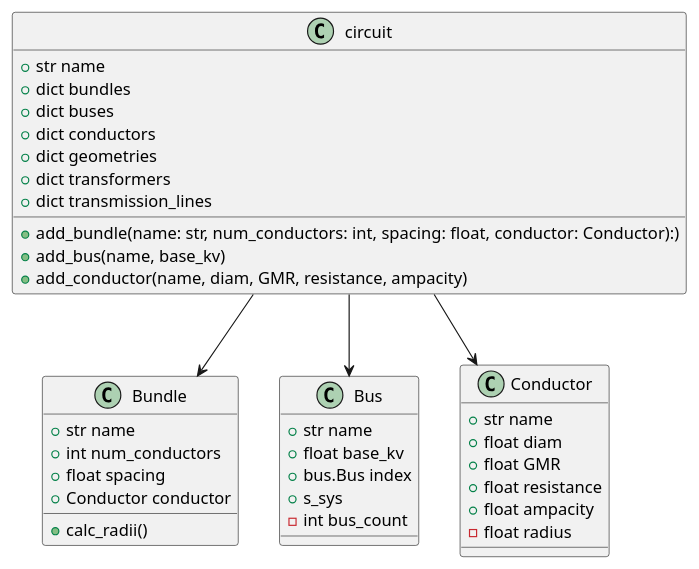
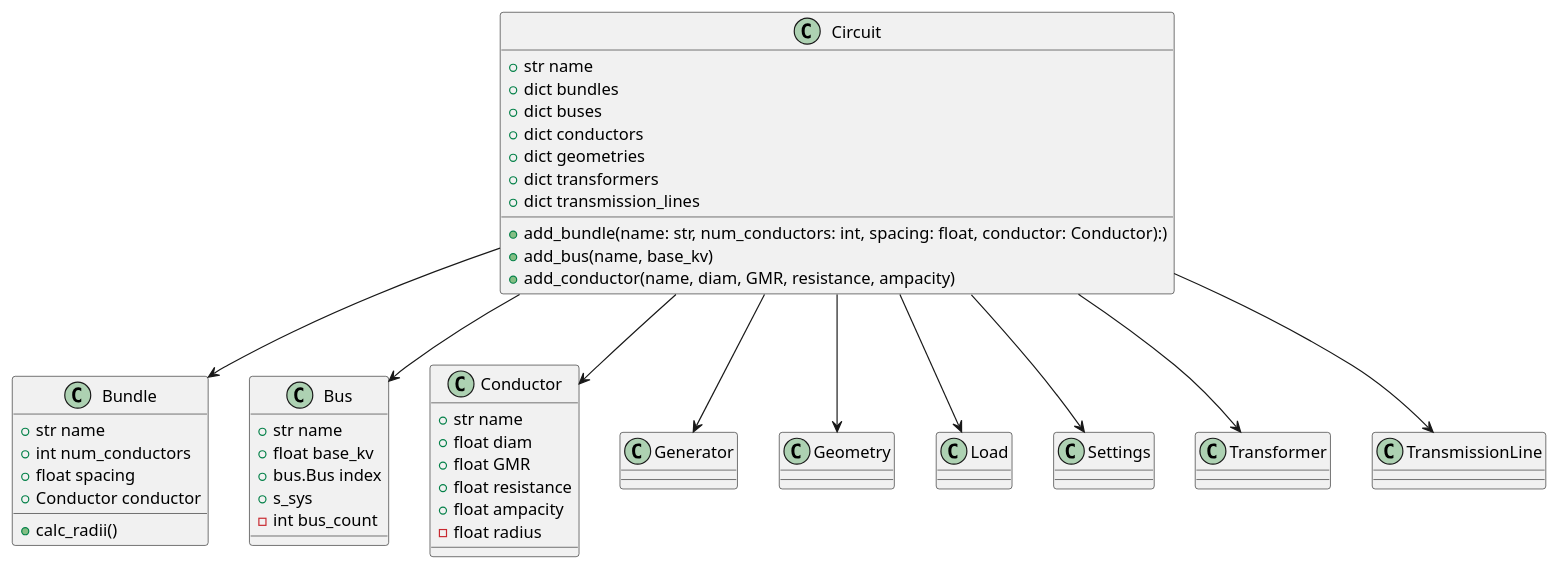
The diagram in circuit.puml (AJG184-Pitt/Project-3---GUI-Frontend), drawn with PlantUML before and after one commit. The commit also changed 1 other file, not shown here.

Commit message:
add some plantuml classes

```diff
--- a/circuit.puml
+++ b/circuit.puml
@@ -1,46 +1,76 @@
 @startuml
-class circuit {
+class Circuit {
     +str name
     +dict bundles
     +dict buses
     +dict conductors
     +dict geometries
     +dict transformers
     +dict transmission_lines
 
     +add_bundle(name: str, num_conductors: int, spacing: float, conductor: Conductor):)
     +add_bus(name, base_kv)
     +add_conductor(name, diam, GMR, resistance, ampacity)
-
 }
-
-circuit --> Bundle
-circuit --> Bus
-circuit --> Conductor
 
 class Bundle {
     +str name
     +int num_conductors
     +float spacing
     +Conductor conductor
 
     +calc_radii()
 }
 
 class Bus {
     +str name
     +float base_kv
     +bus.Bus index
     +s_sys
     -int bus_count
 }
 
 class Conductor {
     +str name
     +float diam
     +float GMR
     +float resistance
     +float ampacity
     -float radius
 }
+
+class Generator {
+
+}
+
+class Geometry {
+
+}
+
+class Load {
+
+}
+
+class Settings {
+
+}
+
+class Transformer {
+
+}
+
+class TransmissionLine {
+
+}
+
+Circuit --> Bundle
+Circuit --> Bus
+Circuit --> Conductor
+Circuit --> Generator
+Circuit --> Geometry
+Circuit --> Load
+Circuit --> Settings
+Circuit --> Transformer
+Circuit --> TransmissionLine
+
 @enduml
```
